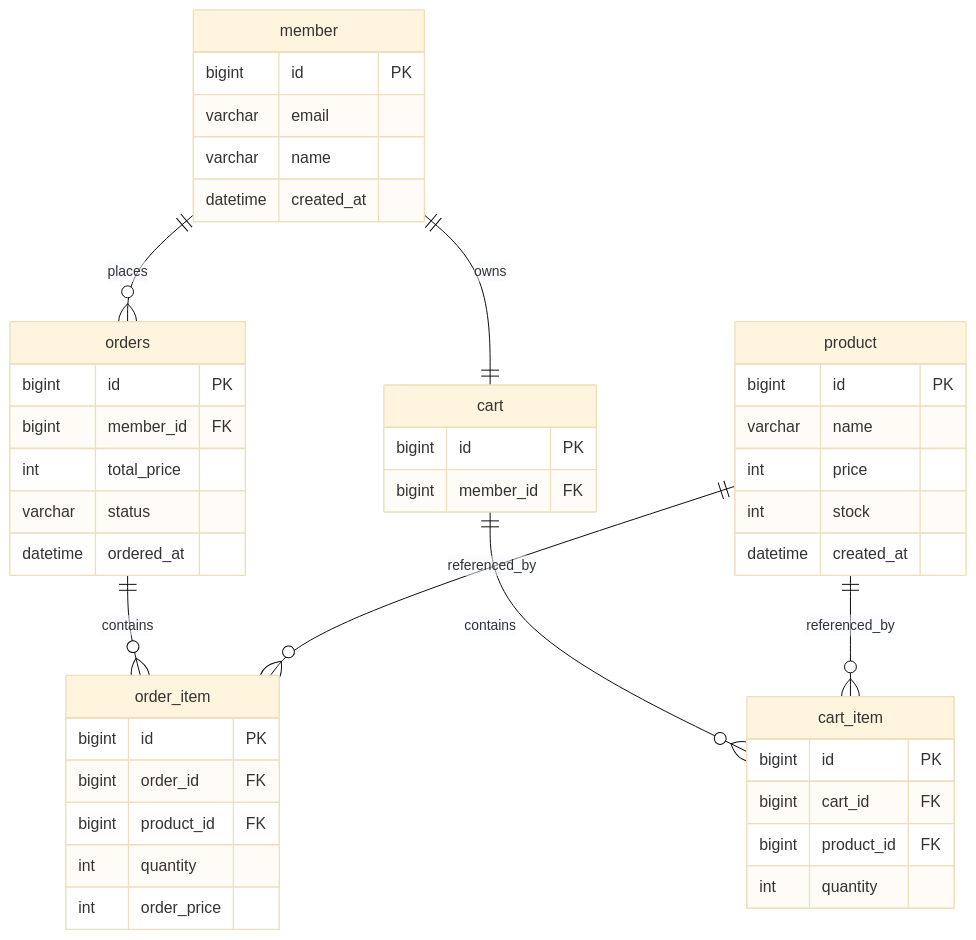
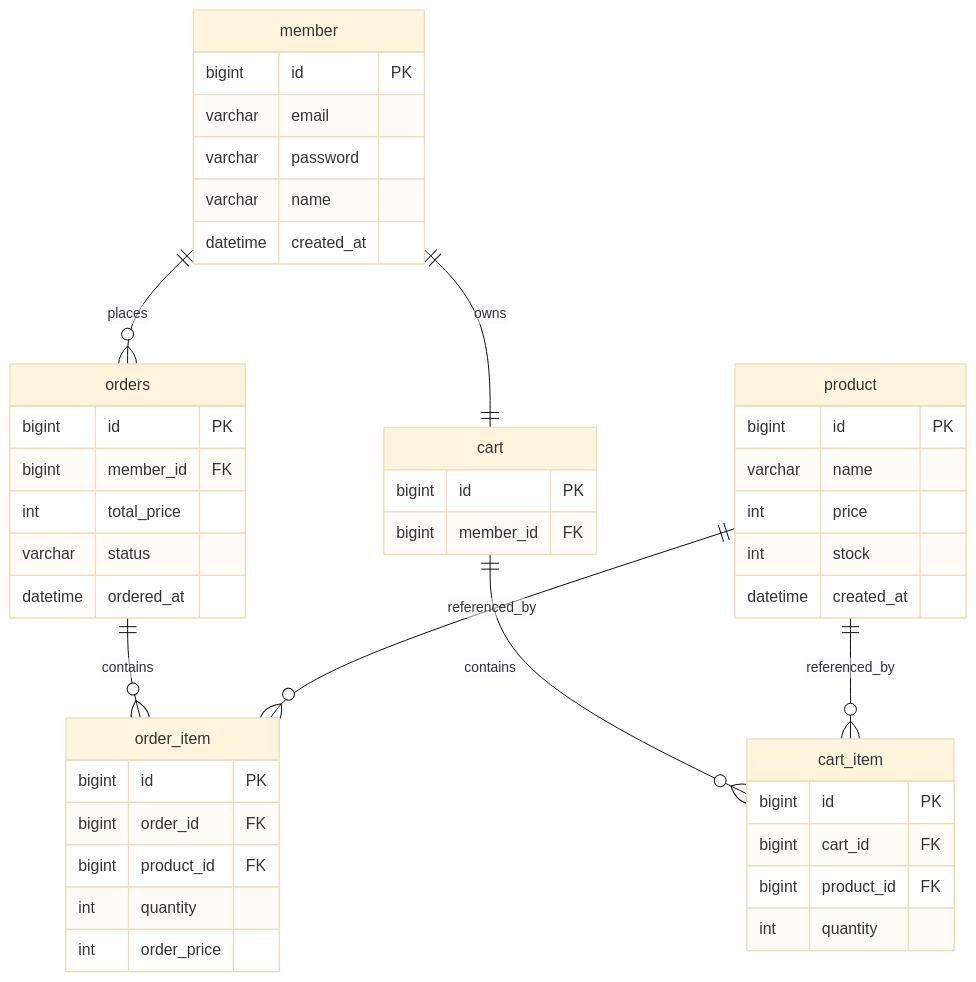
One commit to bellsilver7/nabom-market changed the diagram in README.md. Above: the diagram before and after it, drawn with Mermaid (base theme). The commit also changed other lines of this file, not shown here.

````diff
--- a/README.md
+++ b/README.md
@@ -108,47 +124,48 @@
 ```mermaid
 erDiagram
     member ||--o{ orders : places
     member ||--|| cart : owns
     cart ||--o{ cart_item : contains
     orders ||--o{ order_item : contains
     product ||--o{ cart_item : referenced_by
     product ||--o{ order_item : referenced_by
 
     member {
         bigint id PK
         varchar email
+        varchar password
         varchar name
         datetime created_at
     }
     product {
         bigint id PK
         varchar name
         int price
         int stock
         datetime created_at
     }
     cart {
         bigint id PK
         bigint member_id FK
     }
     cart_item {
         bigint id PK
         bigint cart_id FK
         bigint product_id FK
         int quantity
     }
     orders {
         bigint id PK
         bigint member_id FK
         int total_price
         varchar status
         datetime ordered_at
     }
     order_item {
         bigint id PK
         bigint order_id FK
         bigint product_id FK
         int quantity
         int order_price
     }
 ```
````
